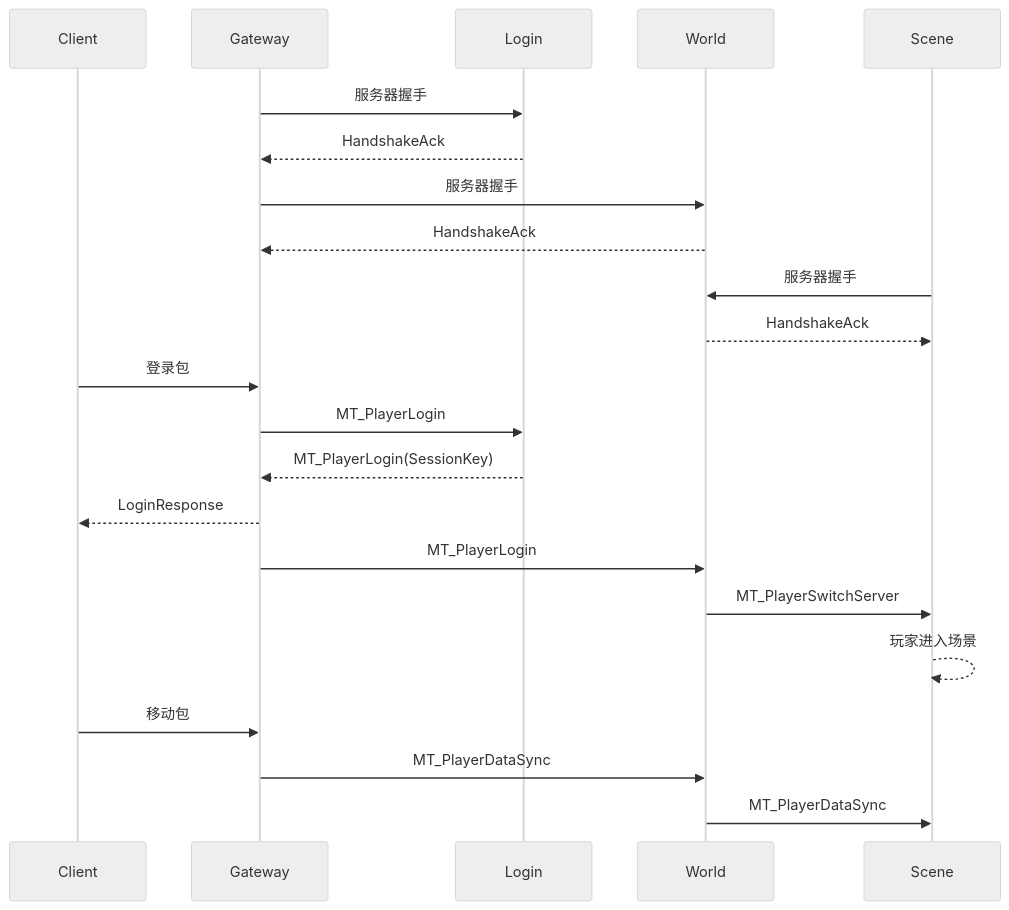
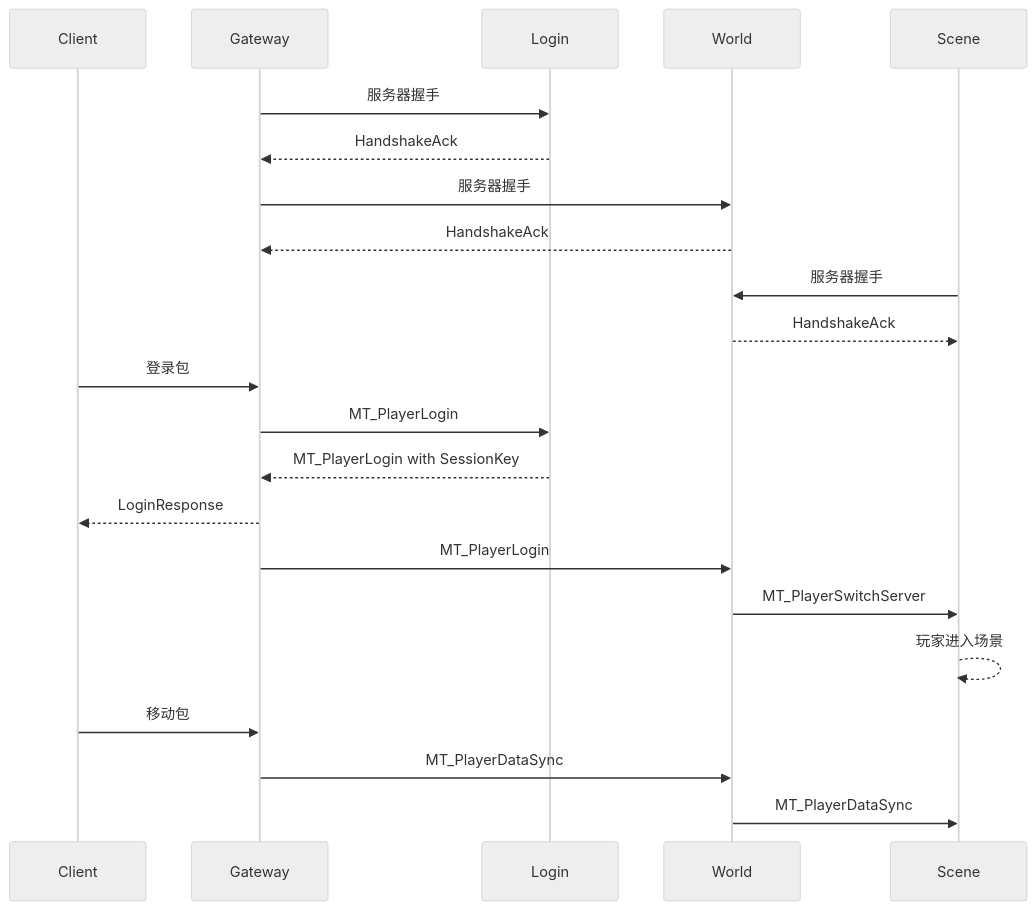
One commit to lz1287209575/Mession changed the third of 7 diagrams in README.md. Above: the diagram before and after it, drawn with Mermaid (neutral theme). The commit also changed other lines of this file, not shown here.

First line of the commit message:
Fix Mermaid compatibility in README diagrams.

````diff
--- a/README.md
+++ b/README.md
@@ -115,30 +115,30 @@
 ```mermaid
 sequenceDiagram
     participant Client
     participant Gateway
     participant Login
     participant World
     participant Scene
 
     Gateway->>Login: 服务器握手
     Login-->>Gateway: HandshakeAck
 
     Gateway->>World: 服务器握手
     World-->>Gateway: HandshakeAck
 
     Scene->>World: 服务器握手
     World-->>Scene: HandshakeAck
 
     Client->>Gateway: 登录包
     Gateway->>Login: MT_PlayerLogin
-    Login-->>Gateway: MT_PlayerLogin(SessionKey)
+    Login-->>Gateway: MT_PlayerLogin with SessionKey
     Gateway-->>Client: LoginResponse
     Gateway->>World: MT_PlayerLogin
 
     World->>Scene: MT_PlayerSwitchServer
     Scene-->>Scene: 玩家进入场景
 
     Client->>Gateway: 移动包
     Gateway->>World: MT_PlayerDataSync
     World->>Scene: MT_PlayerDataSync
 ```
````
